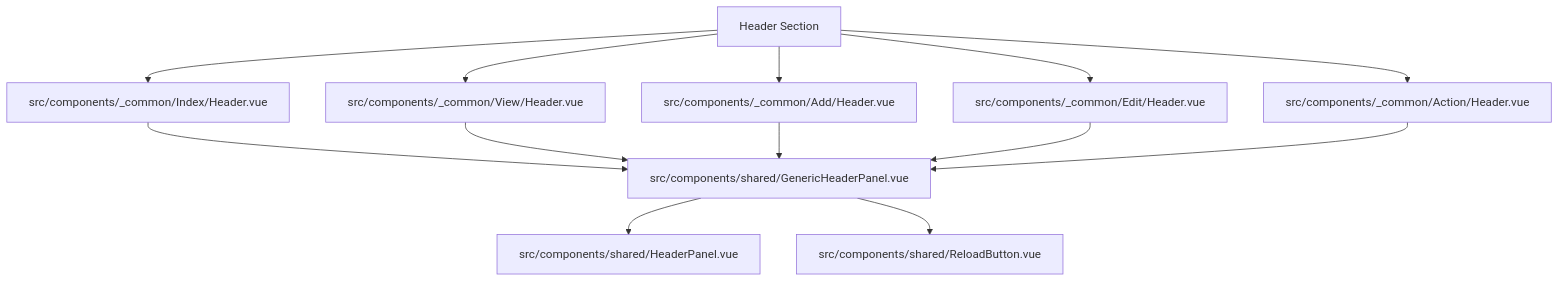
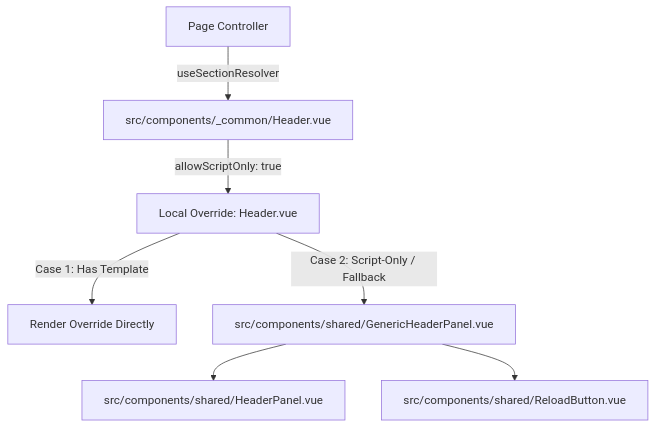
One commit to firumon/little-leap-aql changed the first of 4 diagrams in Documents/CUSTOM_PAGE_AND_PAGE_SECTIONS_CUSTOMIZATIONS.md. Above: the diagram before and after it, drawn with Mermaid. The commit also changed other lines of this file and 6 other files, not shown here.

````diff
--- a/Documents/CUSTOM_PAGE_AND_PAGE_SECTIONS_CUSTOMIZATIONS.md
+++ b/Documents/CUSTOM_PAGE_AND_PAGE_SECTIONS_CUSTOMIZATIONS.md
@@ -39,21 +46,12 @@
 ```mermaid
 graph TD
-    Header[Header Section]
+    PageController[Page Controller] -->|useSectionResolver| Orchestrator[src/components/_common/Header.vue]
     
-    %% Page Scoped Headers
-    Header --> IndexHeader[src/components/_common/Index/Header.vue]
-    Header --> ViewHeader[src/components/_common/View/Header.vue]
-    Header --> AddHeader[src/components/_common/Add/Header.vue]
-    Header --> EditHeader[src/components/_common/Edit/Header.vue]
-    Header --> ActionHeader[src/components/_common/Action/Header.vue]
+    Orchestrator -->|allowScriptOnly: true| LocalHeader[Local Override: Header.vue]
     
-    %% Wrapper Integration
-    IndexHeader --> GenericHeaderPanel[src/components/shared/GenericHeaderPanel.vue]
-    ViewHeader --> GenericHeaderPanel
-    AddHeader --> GenericHeaderPanel
-    EditHeader --> GenericHeaderPanel
-    ActionHeader --> GenericHeaderPanel
+    LocalHeader -->|Case 1: Has Template| RenderDirect[Render Override Directly]
+    LocalHeader -->|Case 2: Script-Only / Fallback| GenericHeaderPanel[src/components/shared/GenericHeaderPanel.vue]
     
     GenericHeaderPanel --> HeaderPanel[src/components/shared/HeaderPanel.vue]
     GenericHeaderPanel --> ReloadButton[src/components/shared/ReloadButton.vue]
 ```
````
